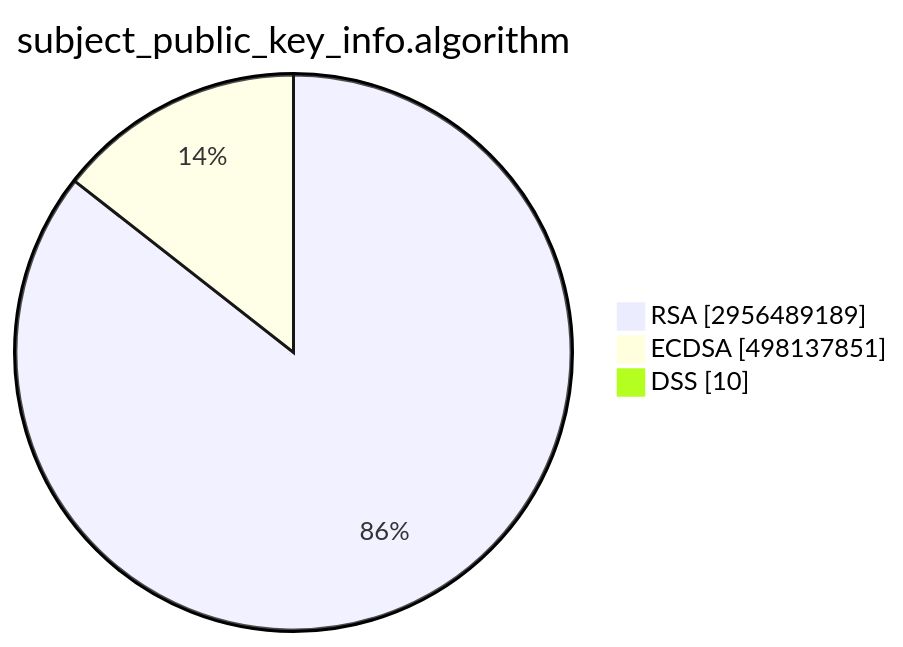
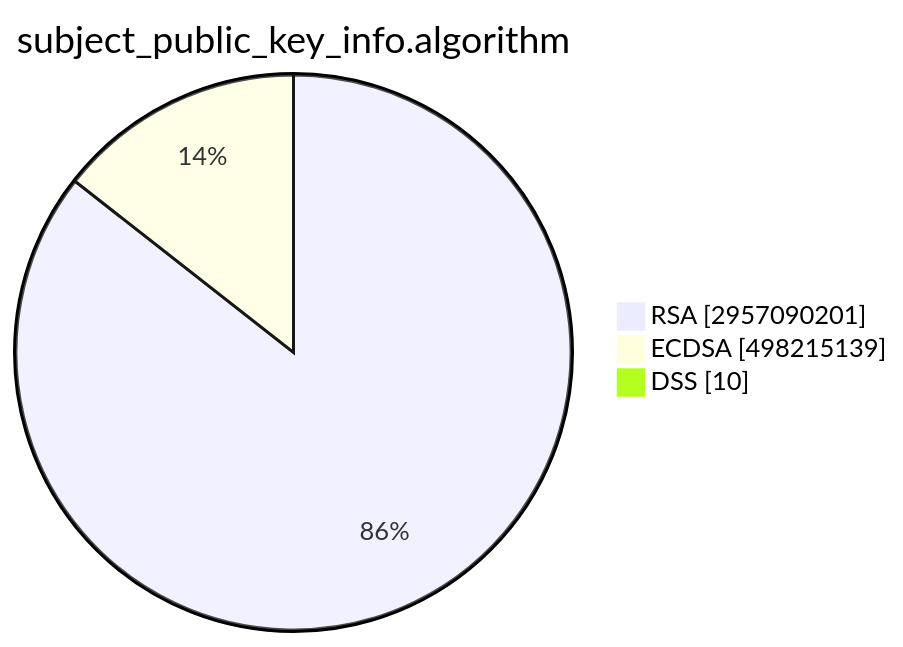
The second of 15 diagrams in TOTAL/README.md (christiankrug/ctmonitor_visualization), drawn with Mermaid before and after one commit. The commit also changed other lines of this file, not shown here.

````diff
--- a/TOTAL/README.md
+++ b/TOTAL/README.md
@@ -6,7 +6,7 @@
 ```mermaid
 pie showData
 title subject_public_key_info.algorithm
-"RSA" :2956489189
-"ECDSA" :498137851
+"RSA" :2957090201
+"ECDSA" :498215139
 "DSS" :10
 ```
````
